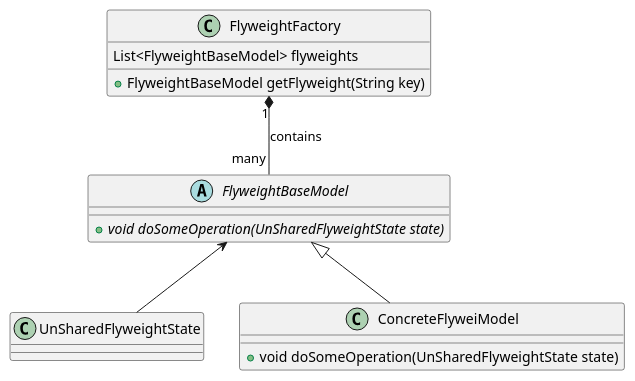
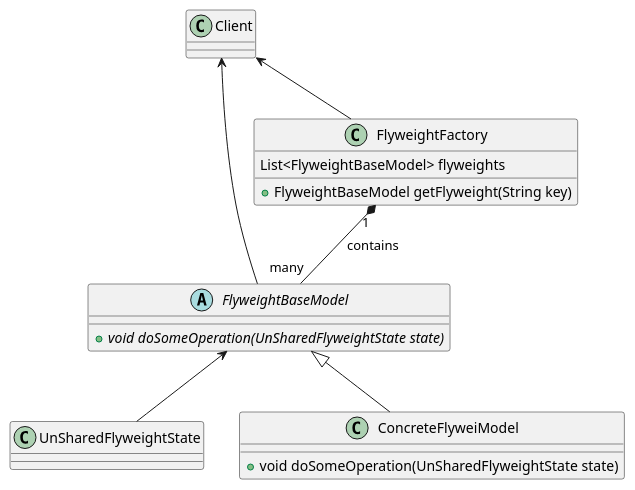
The diagram in 结构型模式/Flyweight/总结.md (dongzhixuanyuan/design_pattern), drawn with PlantUML before and after one commit. The commit also changed 1 other file, not shown here.

Commit message:
享元模式UML

```diff
--- a/结构型模式/Flyweight/总结.md
+++ b/结构型模式/Flyweight/总结.md
@@ -18,24 +18,31 @@
 @startuml
 
 class UnSharedFlyweightState{}
 
 abstract class FlyweightBaseModel { 
   {abstract} + void doSomeOperation(UnSharedFlyweightState state)
 }
 
 class ConcreteFlyweiModel {
 + void doSomeOperation(UnSharedFlyweightState state)
   }
 
 FlyweightBaseModel <|-- ConcreteFlyweiModel 
 class FlyweightFactory {
    List<FlyweightBaseModel> flyweights
     + FlyweightBaseModel getFlyweight(String key)
 
 }
 FlyweightFactory "1" *-- "many" FlyweightBaseModel : contains
 
 FlyweightBaseModel <-- UnSharedFlyweightState
+
+class Client {
+  
+}
+
+Client <-- FlyweightFactory
+Client <-- FlyweightBaseModel
  
 
 @enduml
```
